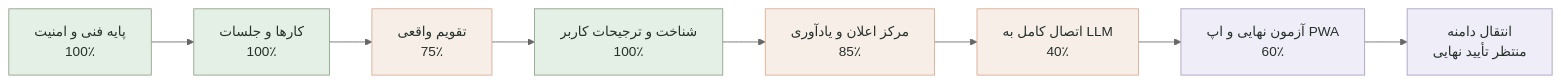
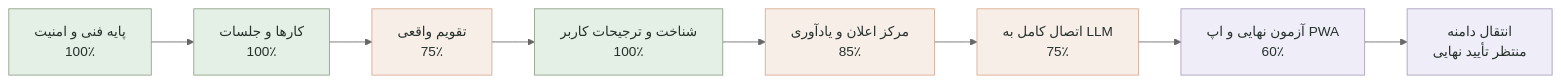
One commit to tparkhondeh/personalAgent changed the diagram in PROJECT_STATUS.md. Above: the diagram before and after it, drawn with Mermaid (neutral theme). The commit also changed other lines of this file and 4 other files, not shown here.

````diff
--- a/PROJECT_STATUS.md
+++ b/PROJECT_STATUS.md
@@ -15,17 +15,17 @@
 ```mermaid
 flowchart LR
     A[پایه فنی و امنیت<br/>100٪] --> B[کارها و جلسات<br/>100٪]
     B --> C[تقویم واقعی<br/>75٪]
     C --> D[شناخت و ترجیحات کاربر<br/>100٪]
     D --> E[مرکز اعلان و یادآوری<br/>85٪]
-    E --> F[اتصال کامل به LLM<br/>40٪]
+    E --> F[اتصال کامل به LLM<br/>75٪]
     F --> G[آزمون نهایی و اپ PWA<br/>60٪]
     G --> H[انتقال دامنه<br/>منتظر تأیید نهایی]
 
     classDef done fill:#e4f0e5,stroke:#8ca088,color:#26312c;
     classDef active fill:#f8eee8,stroke:#d7a98f,color:#26312c;
     classDef pending fill:#efedf7,stroke:#aa9dbc,color:#26312c;
     class A,B,D done;
     class C,E,F active;
     class G,H pending;
 ```
````
